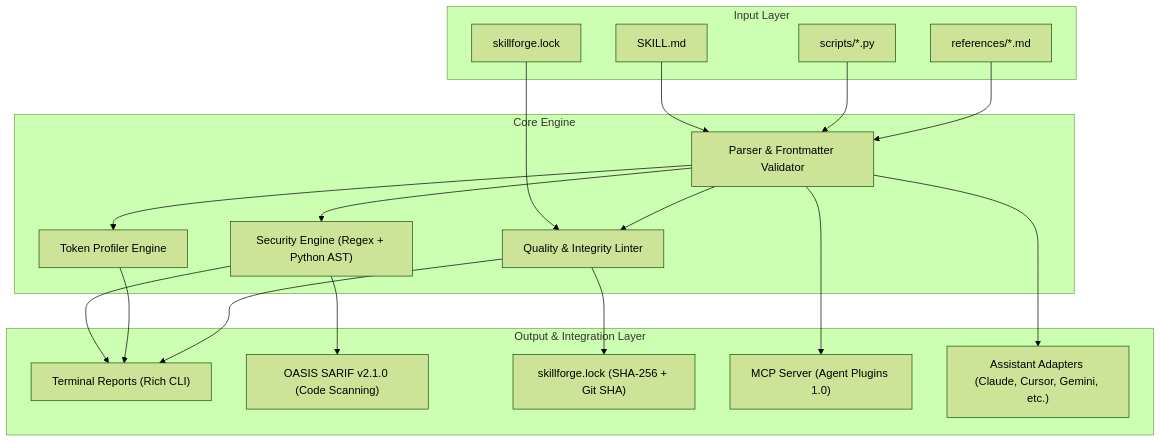
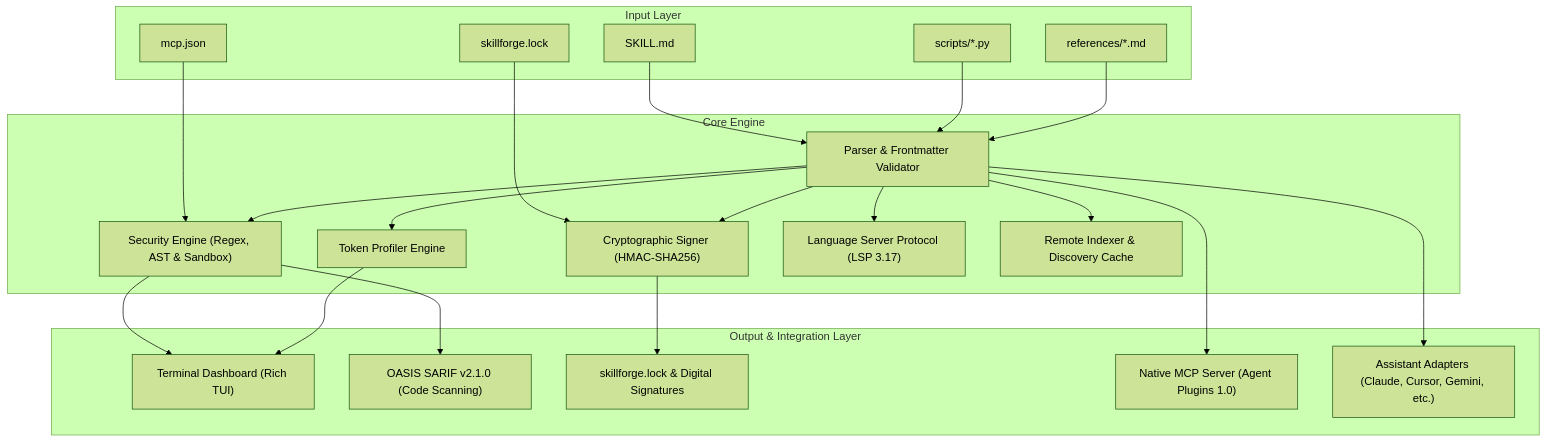
Before and after one commit to gintingism/skillforge: the diagram in wiki/Architecture-and-Design.md, drawn with Mermaid (forest theme). The commit also changed other lines of this file and 8 other files, not shown here.

````diff
--- a/wiki/Architecture-and-Design.md
+++ b/wiki/Architecture-and-Design.md
@@ -20,41 +20,46 @@
 ```mermaid
 graph TD
     subgraph Input Layer
         A1["SKILL.md"]
         A2["scripts/*.py"]
         A3["references/*.md"]
         A4["skillforge.lock"]
+        A5["mcp.json"]
     end
 
     subgraph Core Engine
         B["Parser & Frontmatter Validator"]
-        C["Security Engine (Regex + Python AST)"]
+        C["Security Engine (Regex, AST & Sandbox)"]
         D["Token Profiler Engine"]
-        E["Quality & Integrity Linter"]
+        E["Cryptographic Signer (HMAC-SHA256)"]
+        F["Language Server Protocol (LSP 3.17)"]
+        G["Remote Indexer & Discovery Cache"]
     end
 
     subgraph Output & Integration Layer
-        F1["Terminal Reports (Rich CLI)"]
-        F2["OASIS SARIF v2.1.0 (Code Scanning)"]
-        F3["skillforge.lock (SHA-256 + Git SHA)"]
-        F4["MCP Server (Agent Plugins 1.0)"]
-        F5["Assistant Adapters (Claude, Cursor, Gemini, etc.)"]
+        H1["Terminal Dashboard (Rich TUI)"]
+        H2["OASIS SARIF v2.1.0 (Code Scanning)"]
+        H3["skillforge.lock & Digital Signatures"]
+        H4["Native MCP Server (Agent Plugins 1.0)"]
+        H5["Assistant Adapters (Claude, Cursor, Gemini, etc.)"]
     end
 
     A1 --> B
     A2 --> B
     A3 --> B
     A4 --> E
+    A5 --> C
 
     B --> C
     B --> D
     B --> E
+    B --> F
+    B --> G
 
-    C --> F1
-    C --> F2
-    D --> F1
-    E --> F1
-    E --> F3
-    B --> F4
-    B --> F5
+    C --> H1
+    C --> H2
+    D --> H1
+    E --> H3
+    B --> H4
+    B --> H5
 ```
````
